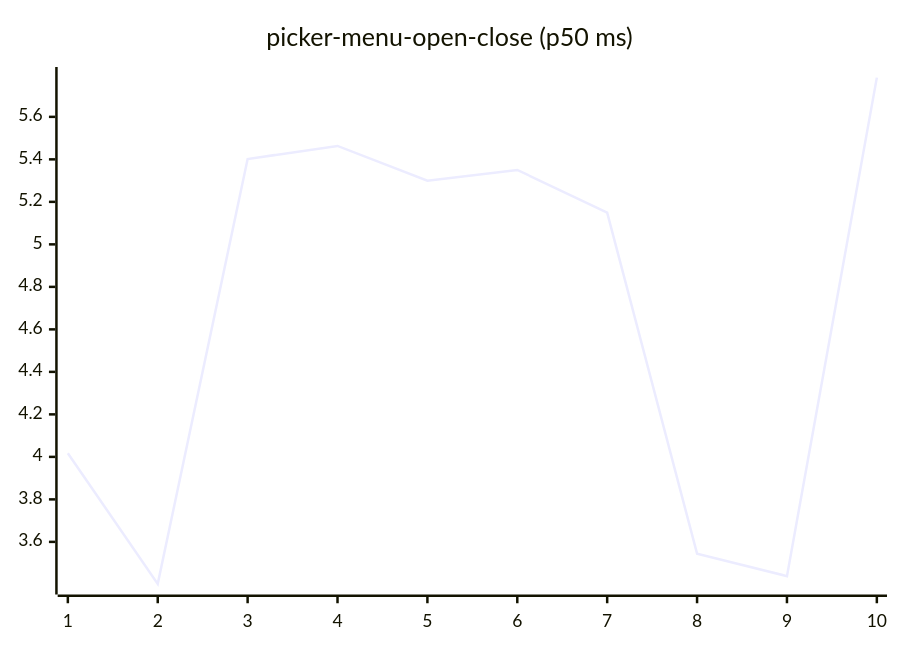
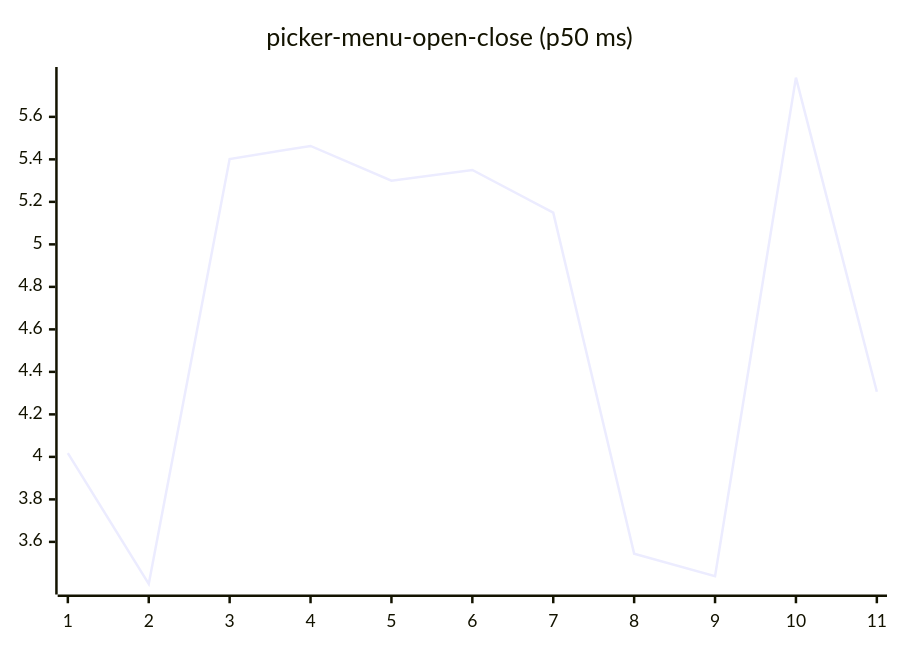
One commit to josha/Facet changed diagram 16 of 27 in README.md. Above: the diagram before and after it, drawn with Mermaid. The commit also changed other lines of this file and 2 other files, not shown here.

````diff
--- a/README.md
+++ b/README.md
@@ -168,6 +168,6 @@
 ```mermaid
 xychart-beta
     title "picker-menu-open-close (p50 ms)"
-    x-axis 1 --> 10
-    line [4.0174, 3.4024, 5.4017, 5.4631, 5.2994, 5.3502, 5.1493, 3.5447, 3.4388, 5.7846]
+    x-axis 1 --> 11
+    line [4.0174, 3.4024, 5.4017, 5.4631, 5.2994, 5.3502, 5.1493, 3.5447, 3.4388, 5.7846, 4.3066]
 ```
````
